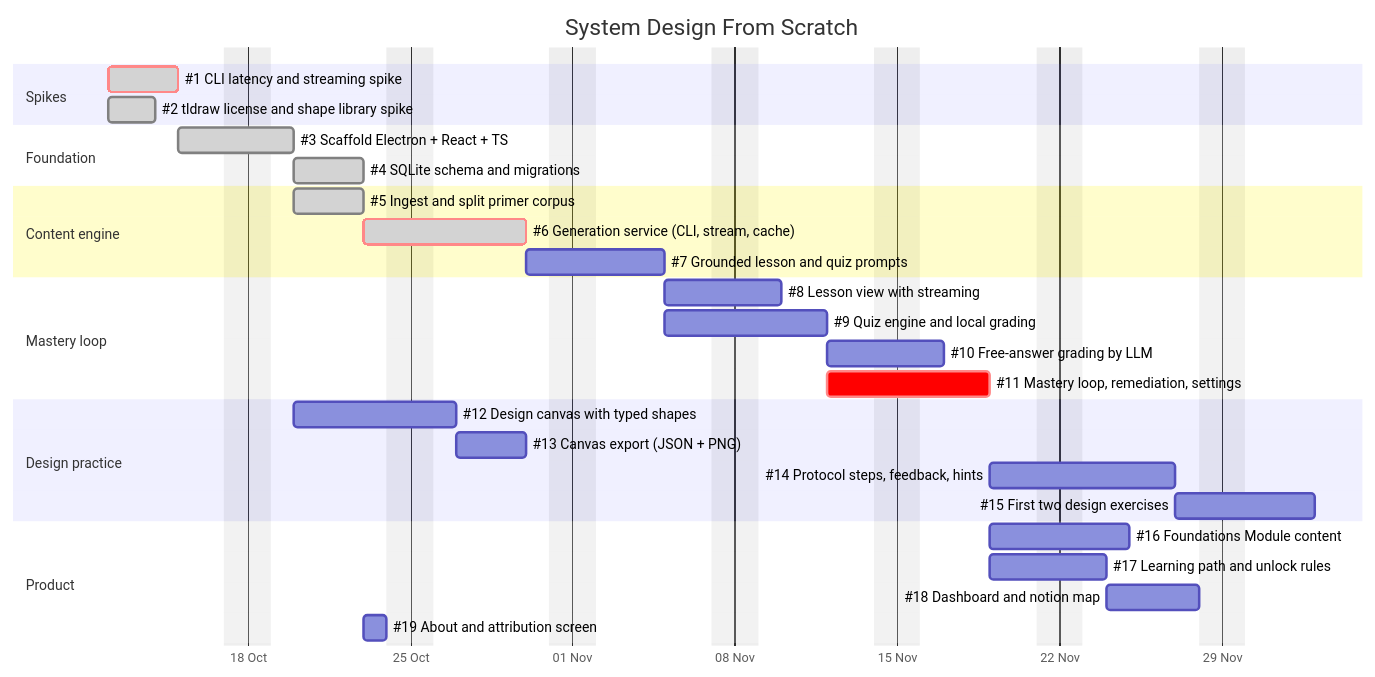
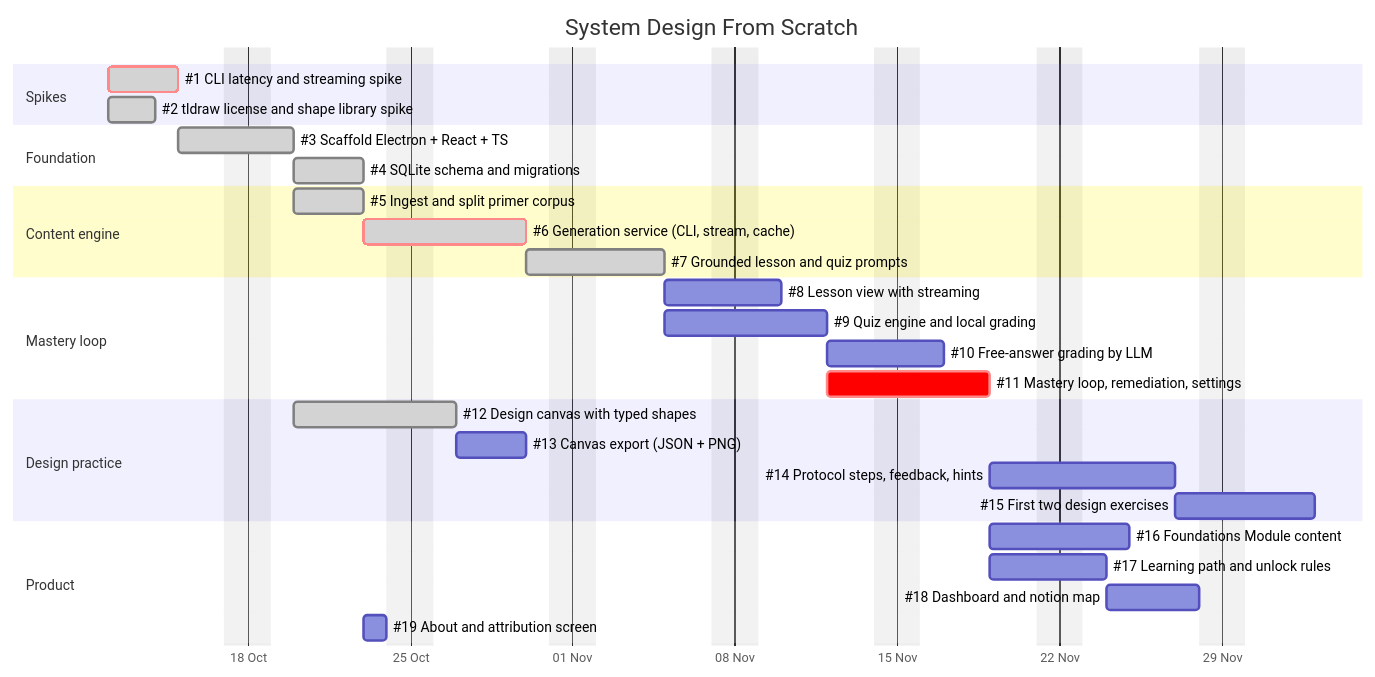
The diagram in docs/ROADMAP.md (jbclaramonte/system-design-from-scratch), drawn with Mermaid before and after one commit. The commit also changed 64 other files, not shown here.

First line of the commit message:
feat: grounded prompts (#7) and Design Canvas integration (#12)

````diff
--- a/docs/ROADMAP.md
+++ b/docs/ROADMAP.md
@@ -13,38 +13,38 @@
 ```mermaid
 gantt
     title System Design From Scratch
     dateFormat YYYY-MM-DD
     excludes weekends
     axisFormat %d %b
 
     section Spikes
     #1 CLI latency and streaming spike        :done, crit, s1, 2026-10-12, 3d
     #2 tldraw license and shape library spike :done, s2, 2026-10-12, 2d
 
     section Foundation
     #3 Scaffold Electron + React + TS         :done, f1, after s1, 3d
     #4 SQLite schema and migrations           :done, f2, after f1, 3d
 
     section Content engine
     #5 Ingest and split primer corpus         :done, c1, after f1, 3d
     #6 Generation service (CLI, stream, cache):done, crit, c2, after f2, 5d
-    #7 Grounded lesson and quiz prompts       :c3, after c1 c2, 4d
+    #7 Grounded lesson and quiz prompts       :done, c3, after c1 c2, 4d
 
     section Mastery loop
     #8 Lesson view with streaming             :m1, after c3, 3d
     #9 Quiz engine and local grading          :m2, after c3, 5d
     #10 Free-answer grading by LLM            :m3, after m2, 3d
     #11 Mastery loop, remediation, settings   :crit, m4, after m1 m2, 5d
 
     section Design practice
-    #12 Design canvas with typed shapes       :d1, after s2 f1, 5d
+    #12 Design canvas with typed shapes       :done, d1, after s2 f1, 5d
     #13 Canvas export (JSON + PNG)            :d2, after d1, 3d
     #14 Protocol steps, feedback, hints       :d3, after d2 m4, 6d
     #15 First two design exercises            :d4, after d3, 4d
 
     section Product
     #16 Foundations Module content            :p1, after m4, 4d
     #17 Learning path and unlock rules        :p2, after m4, 3d
     #18 Dashboard and notion map              :p3, after p2, 4d
     #19 About and attribution screen          :p4, after c1, 1d
 ```
````
